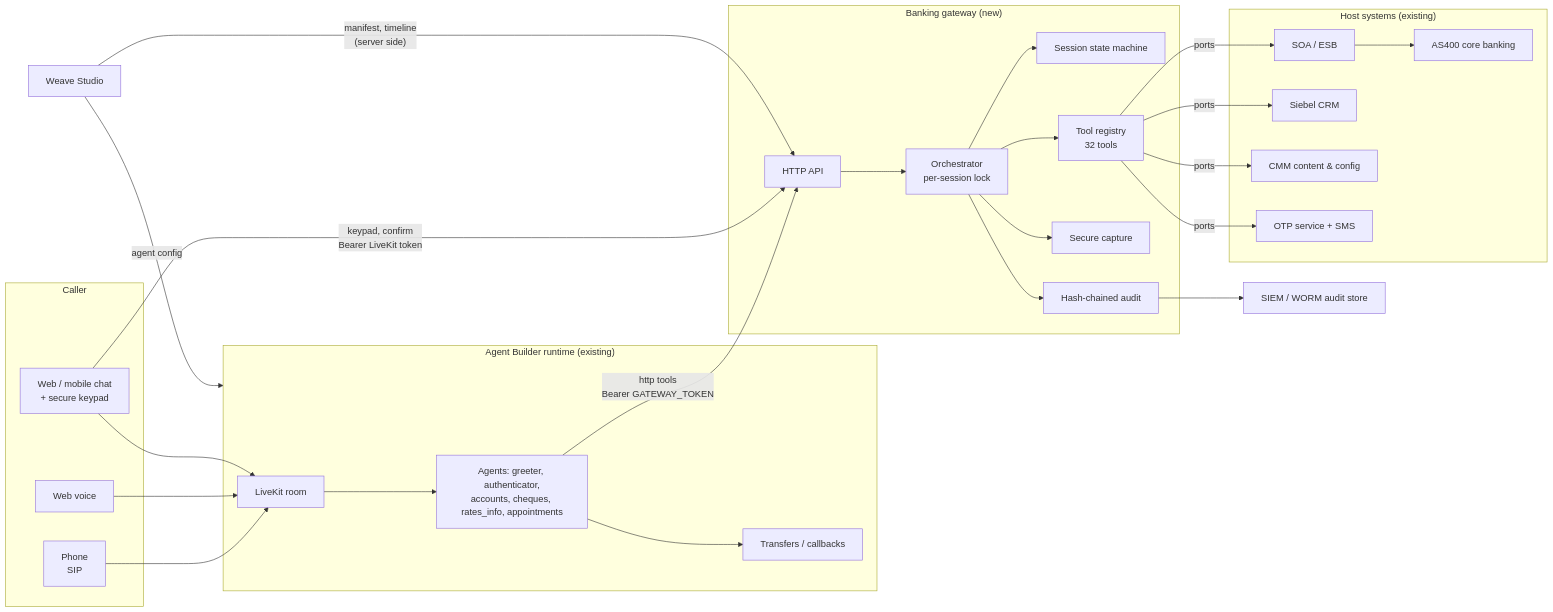
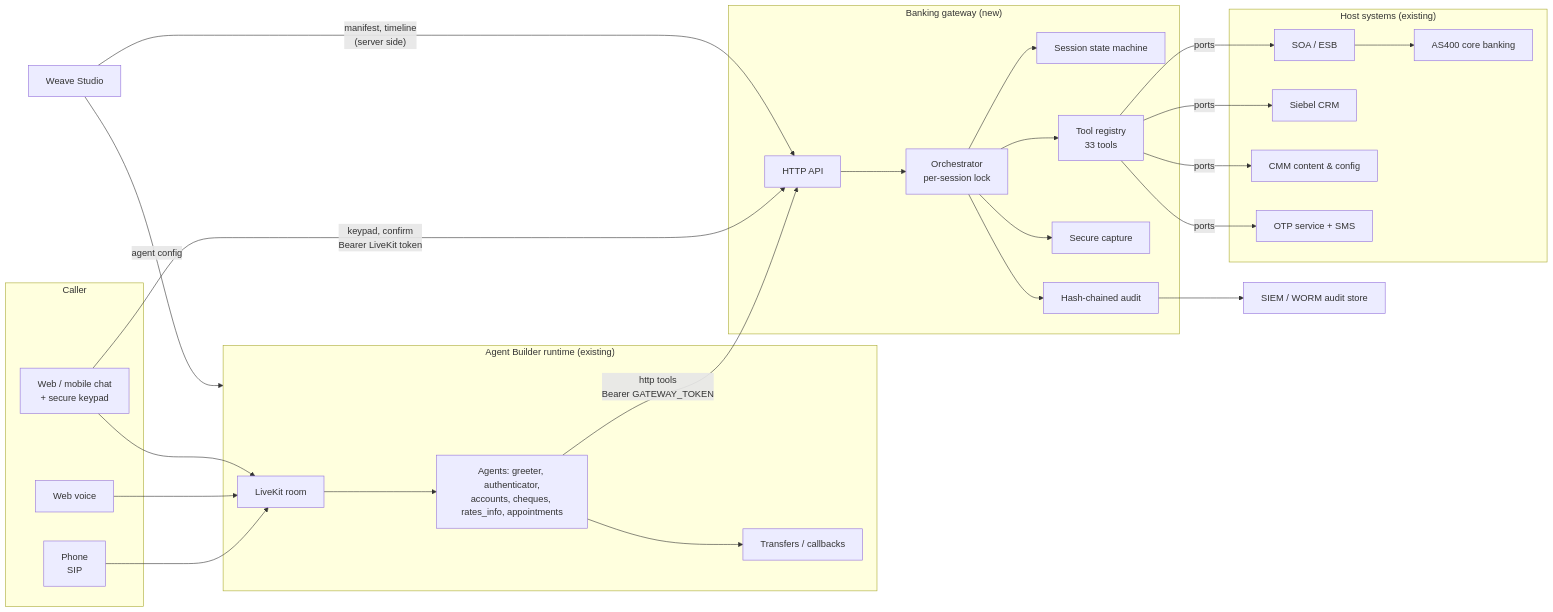
The first of 5 diagrams in docs/BANKING-AGENT-DESIGN.md (gautham-marihal/weave-react-agent-studio), drawn with Mermaid before and after one commit. The commit also changed other lines of this file and 53 other files, not shown here.

````diff
--- a/docs/BANKING-AGENT-DESIGN.md
+++ b/docs/BANKING-AGENT-DESIGN.md
@@ -97,49 +97,49 @@
 ```mermaid
 flowchart LR
   subgraph Caller
     PH[Phone<br/>SIP]
     WV[Web voice]
     CH[Web / mobile chat<br/>+ secure keypad]
   end
   subgraph Runtime["Agent Builder runtime (existing)"]
     LK[LiveKit room]
     AG[Agents: greeter, authenticator,<br/>accounts, cheques, rates_info, appointments]
     TR[Transfers / callbacks]
   end
   subgraph GW["Banking gateway (new)"]
     API[HTTP API]
     OR[Orchestrator<br/>per-session lock]
     FSM[Session state machine]
-    REG[Tool registry<br/>32 tools]
+    REG[Tool registry<br/>33 tools]
     CAP[Secure capture]
     AUD[Hash-chained audit]
   end
   subgraph Hosts["Host systems (existing)"]
     SOA[SOA / ESB]
     AS4[AS400 core banking]
     SIE[Siebel CRM]
     CMM[CMM content & config]
     OTP[OTP service + SMS]
   end
   ST[Weave Studio]
   SIEM[SIEM / WORM audit store]
 
   PH --> LK
   WV --> LK
   CH --> LK
   LK --> AG
   AG -- "http tools<br/>Bearer GATEWAY_TOKEN" --> API
   AG --> TR
   CH -- "keypad, confirm<br/>Bearer LiveKit token" --> API
   API --> OR --> FSM
   OR --> REG
   OR --> CAP
   OR --> AUD --> SIEM
   REG -- ports --> SOA
   SOA --> AS4
   REG -- ports --> SIE
   REG -- ports --> CMM
   REG -- ports --> OTP
   ST -- "manifest, timeline<br/>(server side)" --> API
   ST -- "agent config" --> Runtime
 ```
````
